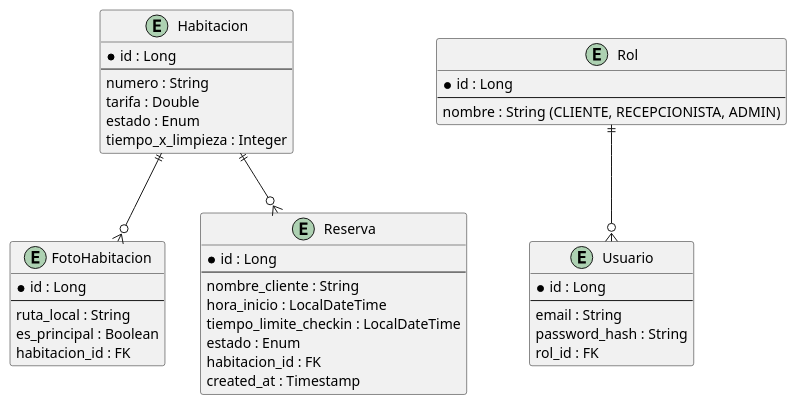
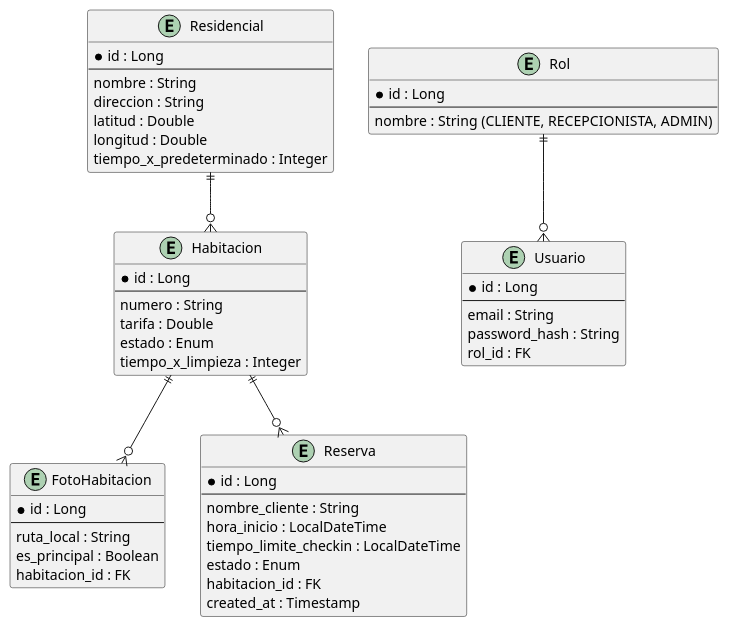
The diagram in UML/Modelo_Datos/erd.puml (Tsmrain/ProyectoR1), drawn with PlantUML before and after one commit. The commit also changed 4 other files, not shown here.

```diff
--- a/UML/Modelo_Datos/erd.puml
+++ b/UML/Modelo_Datos/erd.puml
@@ -1,47 +1,59 @@
 @startuml erd_residencial
 entity "Habitacion" {
   * id : Long
   --
   numero : String
   tarifa : Double
   estado : Enum
   tiempo_x_limpieza : Integer
 }
 
 entity "FotoHabitacion" {
   * id : Long
   --
   ruta_local : String
   es_principal : Boolean
   habitacion_id : FK
 }
 
 entity "Usuario" {
   * id : Long
   --
   email : String
   password_hash : String
   rol_id : FK
 }
 
 entity "Rol" {
   * id : Long
   --
   nombre : String (CLIENTE, RECEPCIONISTA, ADMIN)
 }
 
 entity "Reserva" {
   * id : Long
   --
   nombre_cliente : String
   hora_inicio : LocalDateTime
   tiempo_limite_checkin : LocalDateTime
   estado : Enum
   habitacion_id : FK
   created_at : Timestamp
 }
 
 Habitacion ||--o{ FotoHabitacion
 Habitacion ||--o{ Reserva
 Rol ||--o{ Usuario
+
+entity "Residencial" {
+  * id : Long
+  --
+  nombre : String
+  direccion : String
+  latitud : Double
+  longitud : Double
+  tiempo_x_predeterminado : Integer
+}
+
+Residencial ||--o{ Habitacion
 @enduml
```
